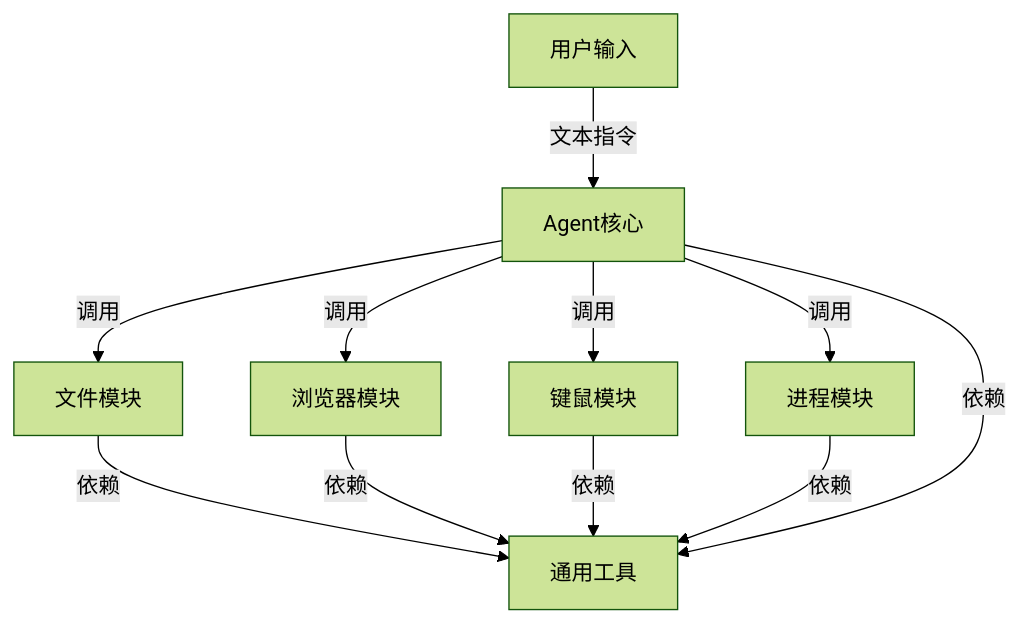
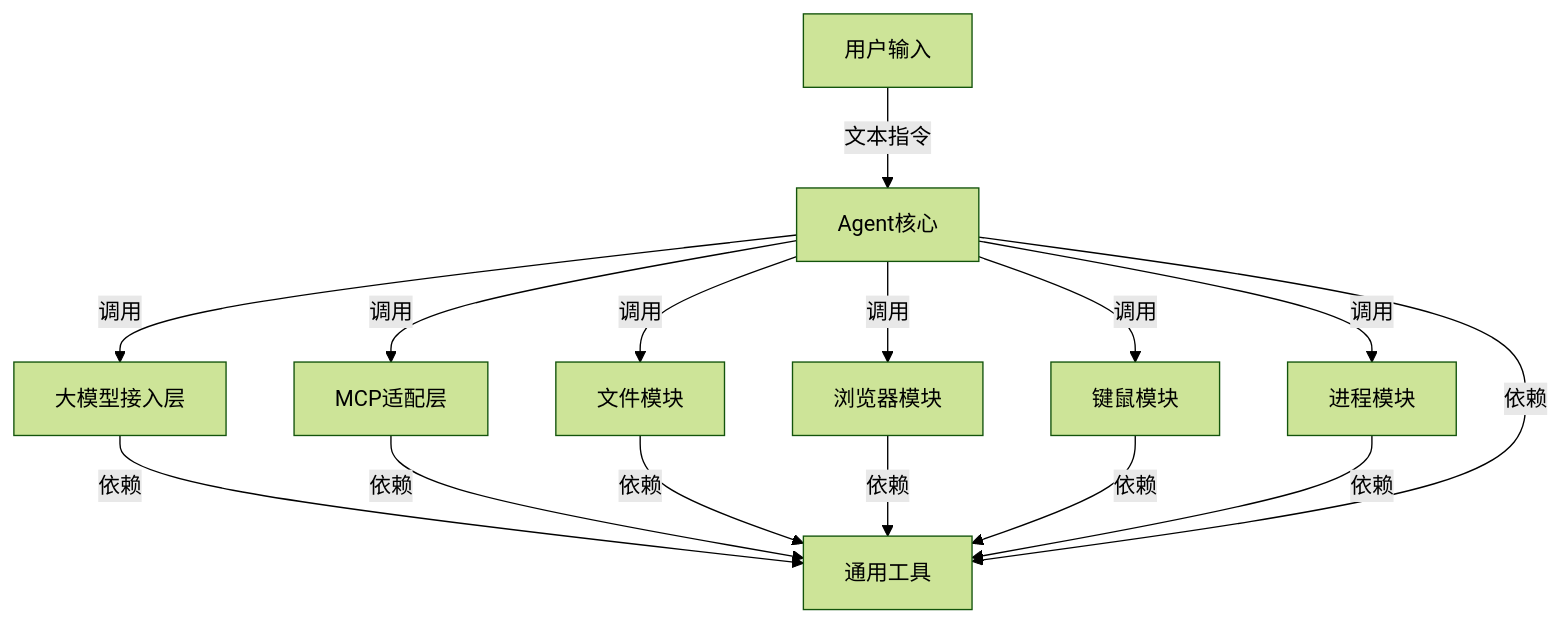
One commit to Ikaros-521/LX_Agent changed the diagram in docs/方案设计.md. Above: the diagram before and after it, drawn with Mermaid (forest theme). The commit also changed other lines of this file and 40 other files, not shown here.

````diff
--- a/docs/方案设计.md
+++ b/docs/方案设计.md
@@ -10,13 +10,17 @@
 ```mermaid
 graph TD
     用户输入 -- 文本指令 --> core[Agent核心]
+    core -- 调用 --> llm[大模型接入层]
+    core -- 调用 --> mcp[MCP适配层]
     core -- 调用 --> tools_file[文件模块]
     core -- 调用 --> tools_browser[浏览器模块]
     core -- 调用 --> tools_mouse[键鼠模块]
     core -- 调用 --> tools_process[进程模块]
-    tools_file -- 依赖 --> common[通用工具]
+    llm -- 依赖 --> common[通用工具]
+    mcp -- 依赖 --> common
+    tools_file -- 依赖 --> common
     tools_browser -- 依赖 --> common
     tools_mouse -- 依赖 --> common
     tools_process -- 依赖 --> common
     core -- 依赖 --> common
 ```
````
